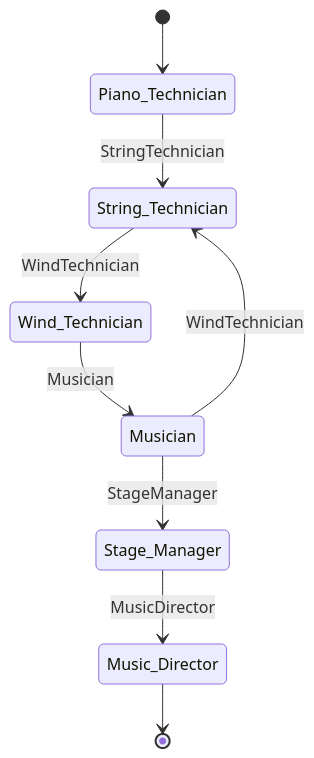
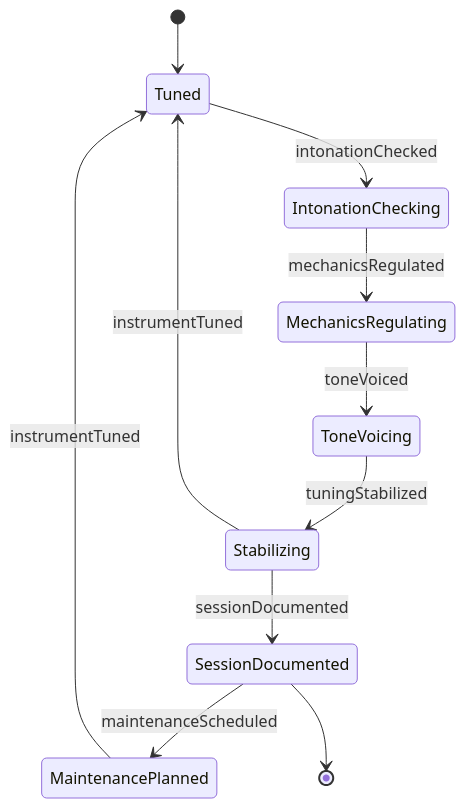
The second of 4 diagrams in HandlingAndMovingObjects/AdjustEquipmentToEnsureAdequatePerformance/AdjustTuningFunctioningMusicalInstruments.mdx (dot-org-ai/tasks.org.ai), drawn with Mermaid before and after one commit. The commit also changed other lines of this file and 40 other files, not shown here.

First line of the commit message:
fix: Replace Actor-based ER and State diagrams with Entity/Event-based diagrams in 41 HandlingAndMovingObjects DWA files

````diff
--- a/HandlingAndMovingObjects/AdjustEquipmentToEnsureAdequatePerformance/AdjustTuningFunctioningMusicalInstruments.mdx
+++ b/HandlingAndMovingObjects/AdjustEquipmentToEnsureAdequatePerformance/AdjustTuningFunctioningMusicalInstruments.mdx
@@ -102,11 +100,13 @@
 ```mermaid
 stateDiagram-v2
-    [*] --> Piano_Technician
-    Piano_Technician --> String_Technician: StringTechnician
-    String_Technician --> Wind_Technician: WindTechnician
-    Wind_Technician --> Musician: Musician
-    Musician --> Stage_Manager: StageManager
-    Stage_Manager --> Music_Director: MusicDirector
-    Musician --> String_Technician: WindTechnician
-    Music_Director --> [*]
+    [*] --> Tuned
+    Tuned --> IntonationChecking : intonationChecked
+    IntonationChecking --> MechanicsRegulating : mechanicsRegulated
+    MechanicsRegulating --> ToneVoicing : toneVoiced
+    ToneVoicing --> Stabilizing : tuningStabilized
+    Stabilizing --> SessionDocumented : sessionDocumented
+    Stabilizing --> Tuned : instrumentTuned
+    SessionDocumented --> MaintenancePlanned : maintenanceScheduled
+    MaintenancePlanned --> Tuned : instrumentTuned
+    SessionDocumented --> [*]
 ```
````
